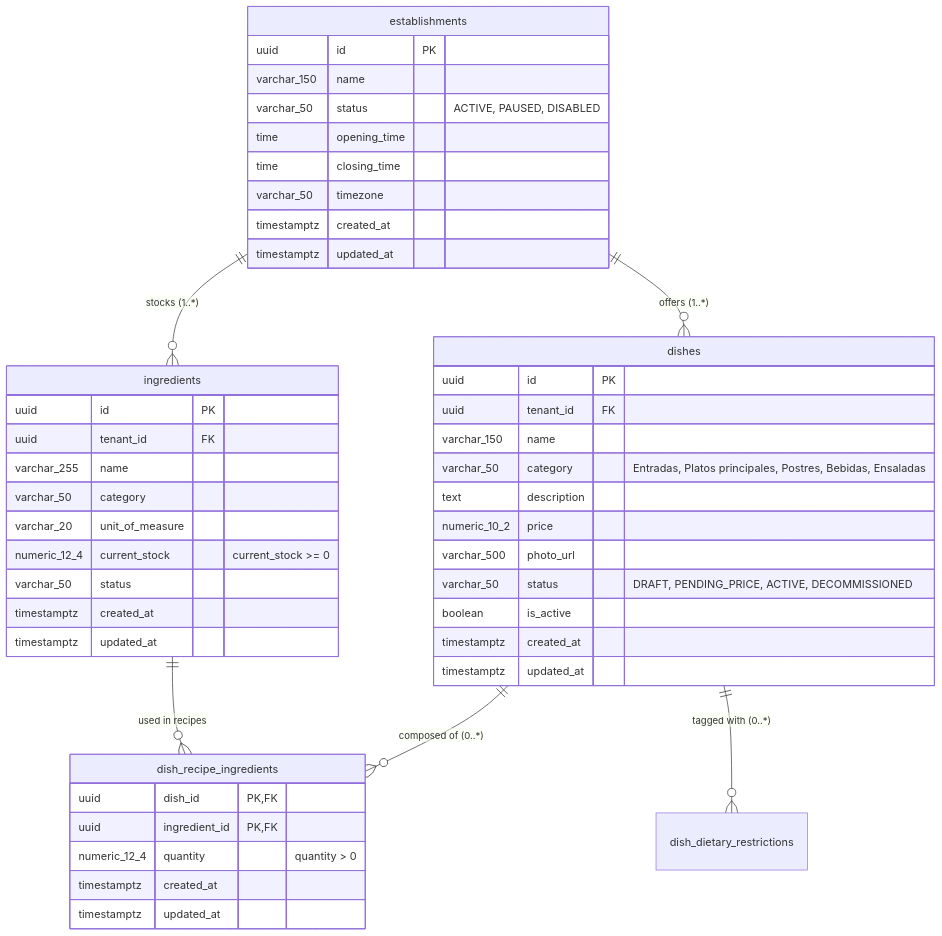
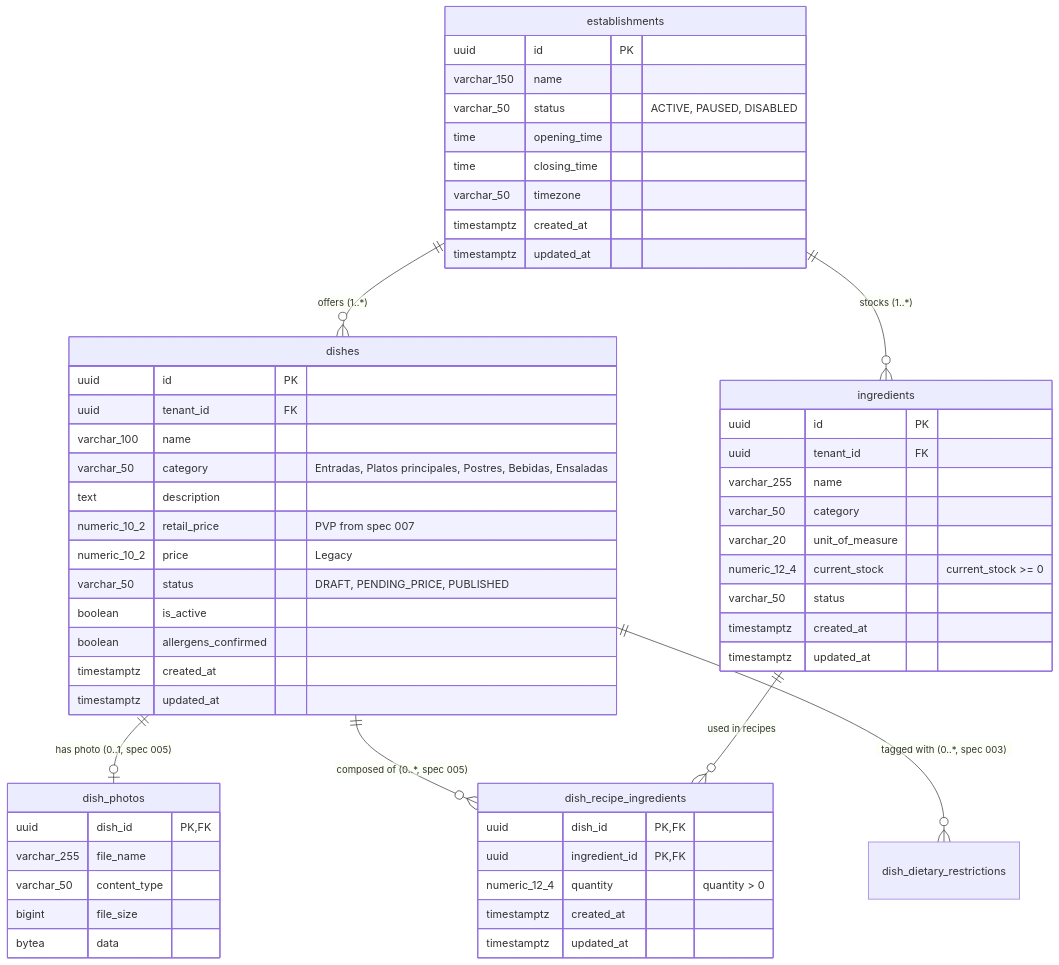
Before and after one commit to ValentinoCarmonaS/G12---GDSI: the diagram in specs/008-diner-catalog-multi-tenant/data-model.md, drawn with Mermaid. The commit also changed other lines of this file and 6 other files, not shown here.

````diff
--- a/specs/008-diner-catalog-multi-tenant/data-model.md
+++ b/specs/008-diner-catalog-multi-tenant/data-model.md
@@ -70,53 +69,63 @@
 ```mermaid
 erDiagram
     establishments ||--o{ dishes : "offers (1..*)"
     establishments ||--o{ ingredients : "stocks (1..*)"
-    dishes ||--o{ dish_recipe_ingredients : "composed of (0..*)"
+    dishes ||--o| dish_photos : "has photo (0..1, spec 005)"
+    dishes ||--o{ dish_recipe_ingredients : "composed of (0..*, spec 005)"
     ingredients ||--o{ dish_recipe_ingredients : "used in recipes"
-    dishes ||--o{ dish_dietary_restrictions : "tagged with (0..*)"
+    dishes ||--o{ dish_dietary_restrictions : "tagged with (0..*, spec 003)"
 
     establishments {
         uuid id PK
         varchar_150 name
         varchar_50 status "ACTIVE, PAUSED, DISABLED"
         time opening_time
         time closing_time
         varchar_50 timezone
         timestamptz created_at
         timestamptz updated_at
     }
 
     dishes {
         uuid id PK
         uuid tenant_id FK
-        varchar_150 name
+        varchar_100 name
         varchar_50 category "Entradas, Platos principales, Postres, Bebidas, Ensaladas"
         text description
-        numeric_10_2 price
-        varchar_500 photo_url
-        varchar_50 status "DRAFT, PENDING_PRICE, ACTIVE, DECOMMISSIONED"
+        numeric_10_2 retail_price "PVP from spec 007"
+        numeric_10_2 price "Legacy"
+        varchar_50 status "DRAFT, PENDING_PRICE, PUBLISHED"
         boolean is_active
+        boolean allergens_confirmed
         timestamptz created_at
         timestamptz updated_at
+    }
+
+    dish_photos {
+        uuid dish_id PK, FK
+        varchar_255 file_name
+        varchar_50 content_type
+        bigint file_size
+        bytea data
     }
 
     dish_recipe_ingredients {
         uuid dish_id PK, FK
         uuid ingredient_id PK, FK
         numeric_12_4 quantity "quantity > 0"
         timestamptz created_at
         timestamptz updated_at
     }
 
     ingredients {
         uuid id PK
         uuid tenant_id FK
         varchar_255 name
         varchar_50 category
         varchar_20 unit_of_measure
         numeric_12_4 current_stock "current_stock >= 0"
         varchar_50 status
         timestamptz created_at
         timestamptz updated_at
     }
 ```
````
